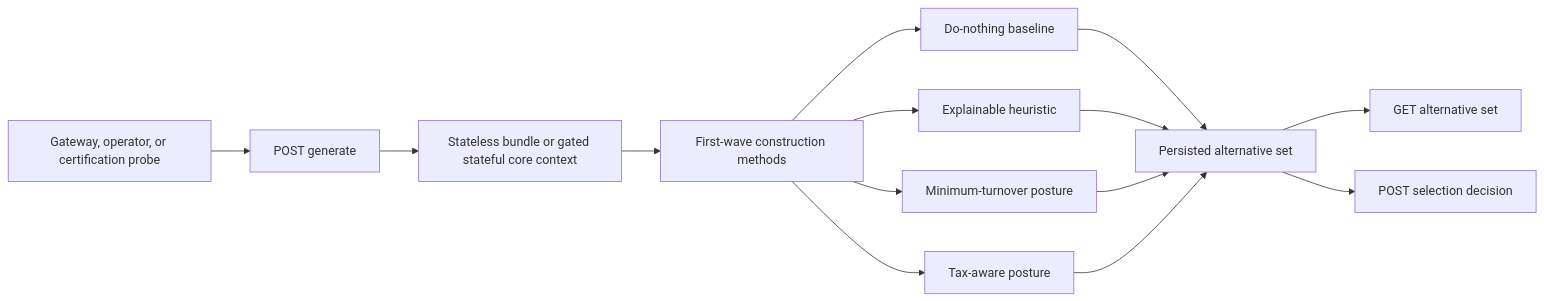
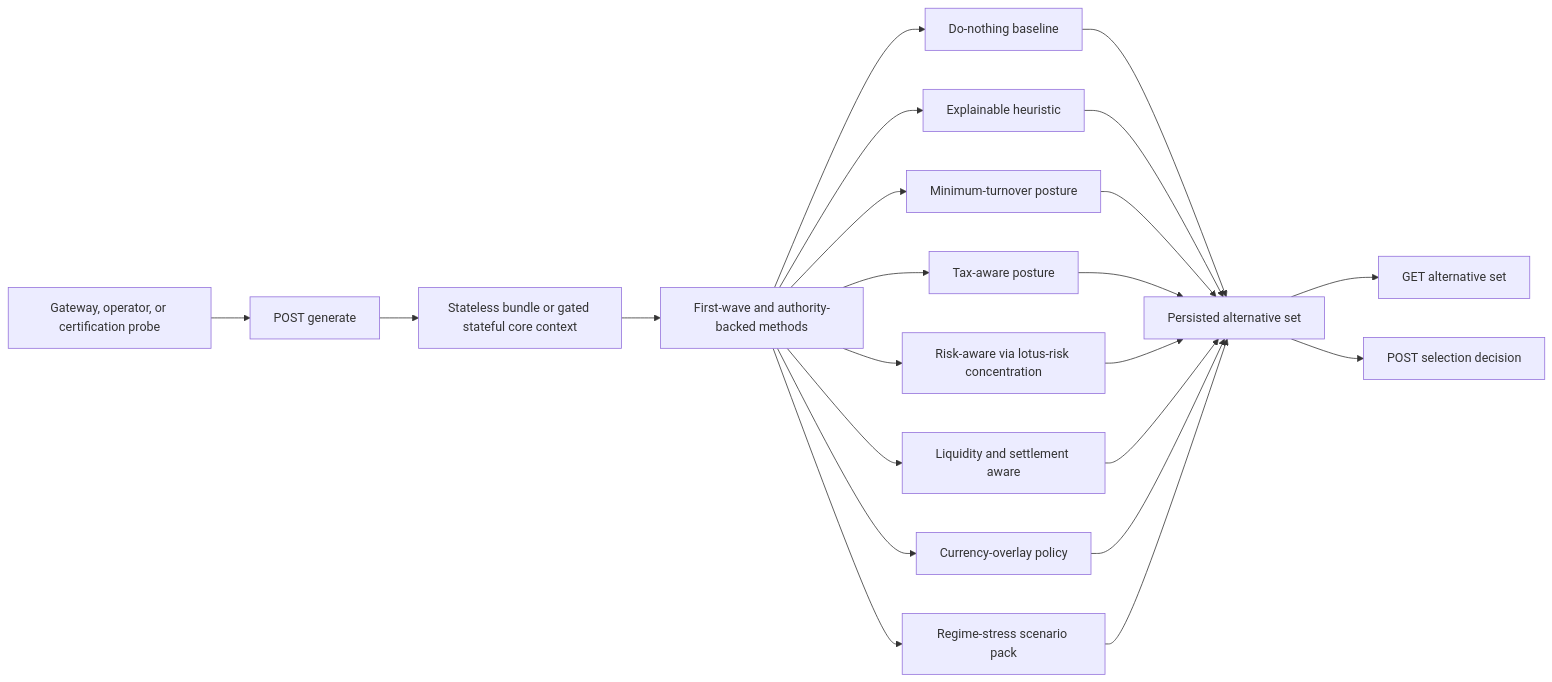
The third of 7 diagrams in wiki/Endpoint-Certification.md (sgajbi/lotus-manage), drawn with Mermaid before and after one commit. The commit also changed other lines of this file and 25 other files, not shown here.

Commit message:
feat: complete rfc0039 authority backed methods

````diff
--- a/wiki/Endpoint-Certification.md
+++ b/wiki/Endpoint-Certification.md
@@ -312,16 +317,24 @@
 ```mermaid
 flowchart LR
     Caller[Gateway, operator, or certification probe] --> Generate[POST generate]
     Generate --> Envelope[Stateless bundle or gated stateful core context]
-    Envelope --> Methods[First-wave construction methods]
+    Envelope --> Methods[First-wave and authority-backed methods]
     Methods --> Baseline[Do-nothing baseline]
     Methods --> Heuristic[Explainable heuristic]
     Methods --> Turnover[Minimum-turnover posture]
     Methods --> Tax[Tax-aware posture]
+    Methods --> Risk[Risk-aware via lotus-risk concentration]
+    Methods --> Liquidity[Liquidity and settlement aware]
+    Methods --> Currency[Currency-overlay policy]
+    Methods --> Regime[Regime-stress scenario pack]
     Baseline --> Set[Persisted alternative set]
     Heuristic --> Set
     Turnover --> Set
     Tax --> Set
+    Risk --> Set
+    Liquidity --> Set
+    Currency --> Set
+    Regime --> Set
     Set --> Read[GET alternative set]
     Set --> Select[POST selection decision]
 ```
````
